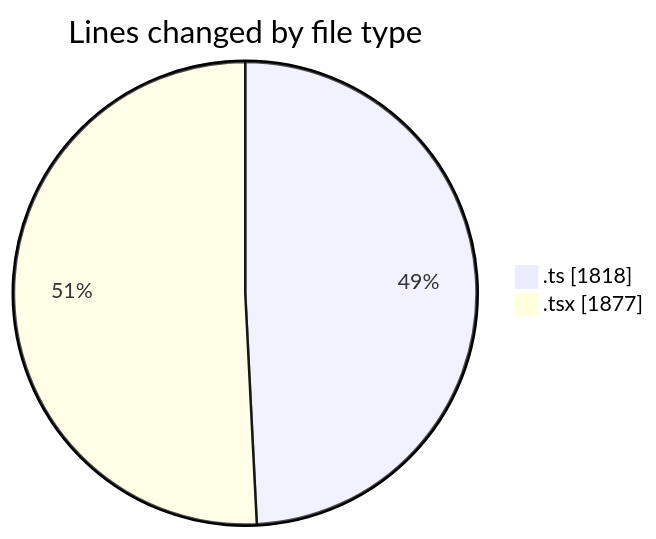
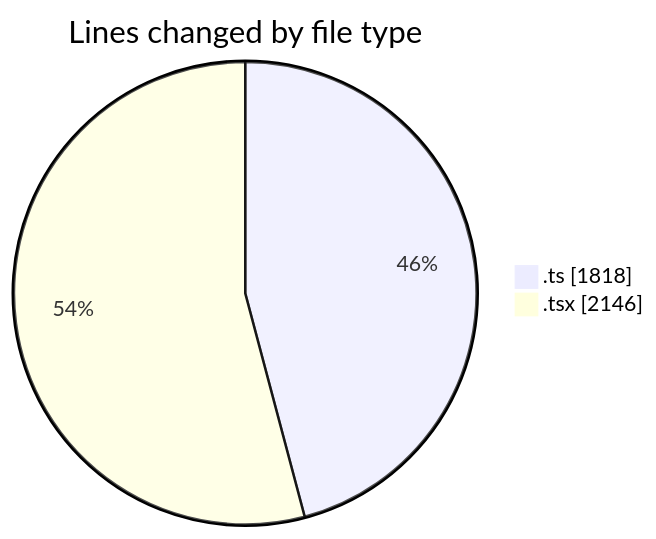
Before and after one commit to nxtqubesakshisongat/code-tracking: the first of 2 diagrams in 2026-03-13/nxtqube_webapp/README.md, drawn with Mermaid. The commit also changed other lines of this file and 1 other file, not shown here.

````diff
--- a/2026-03-13/nxtqube_webapp/README.md
+++ b/2026-03-13/nxtqube_webapp/README.md
@@ -21,6 +21,6 @@
 ```mermaid
 pie showData
 title Lines changed by file type
 ".ts" : 1818
-".tsx" : 1877
+".tsx" : 2146
 ```
````
